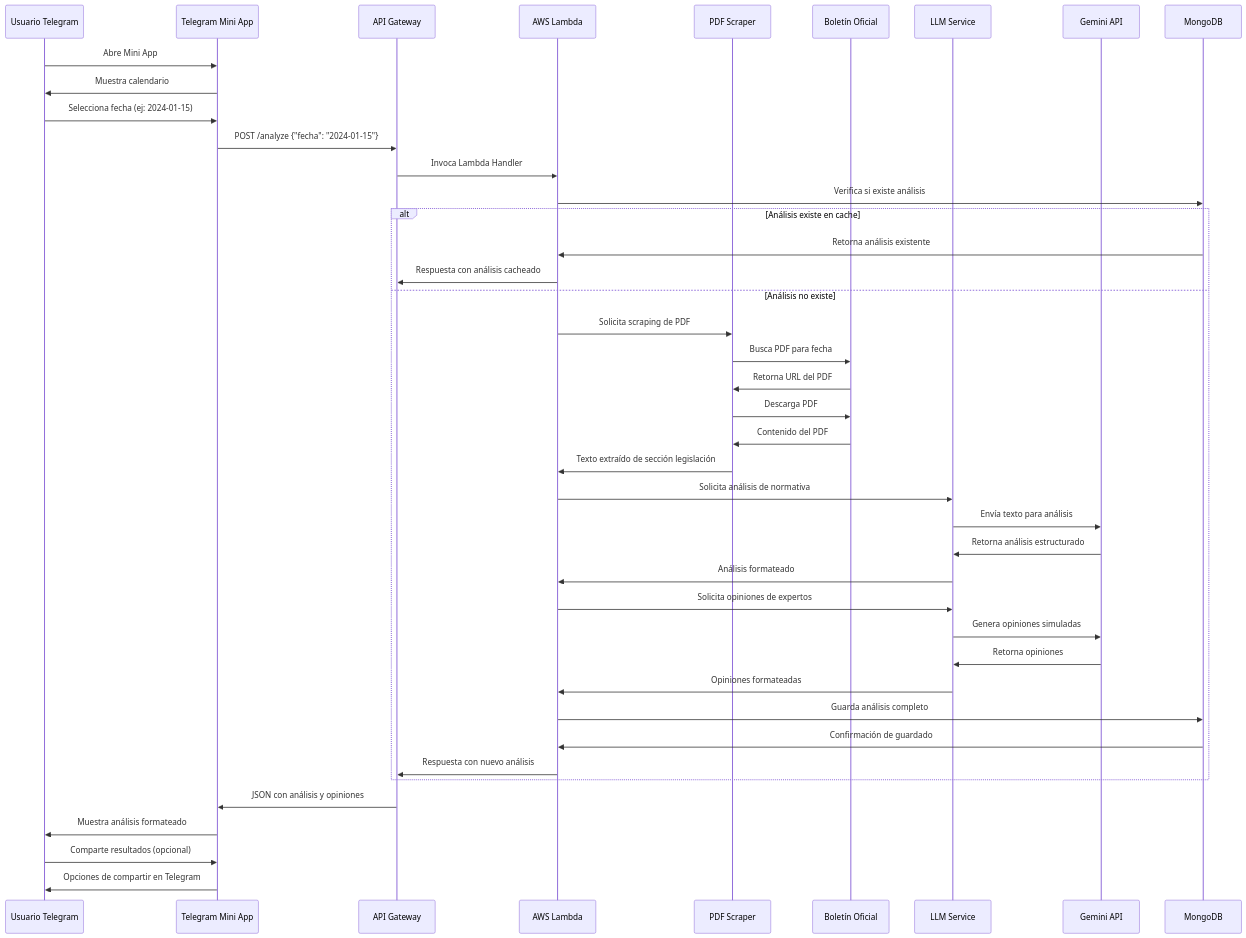
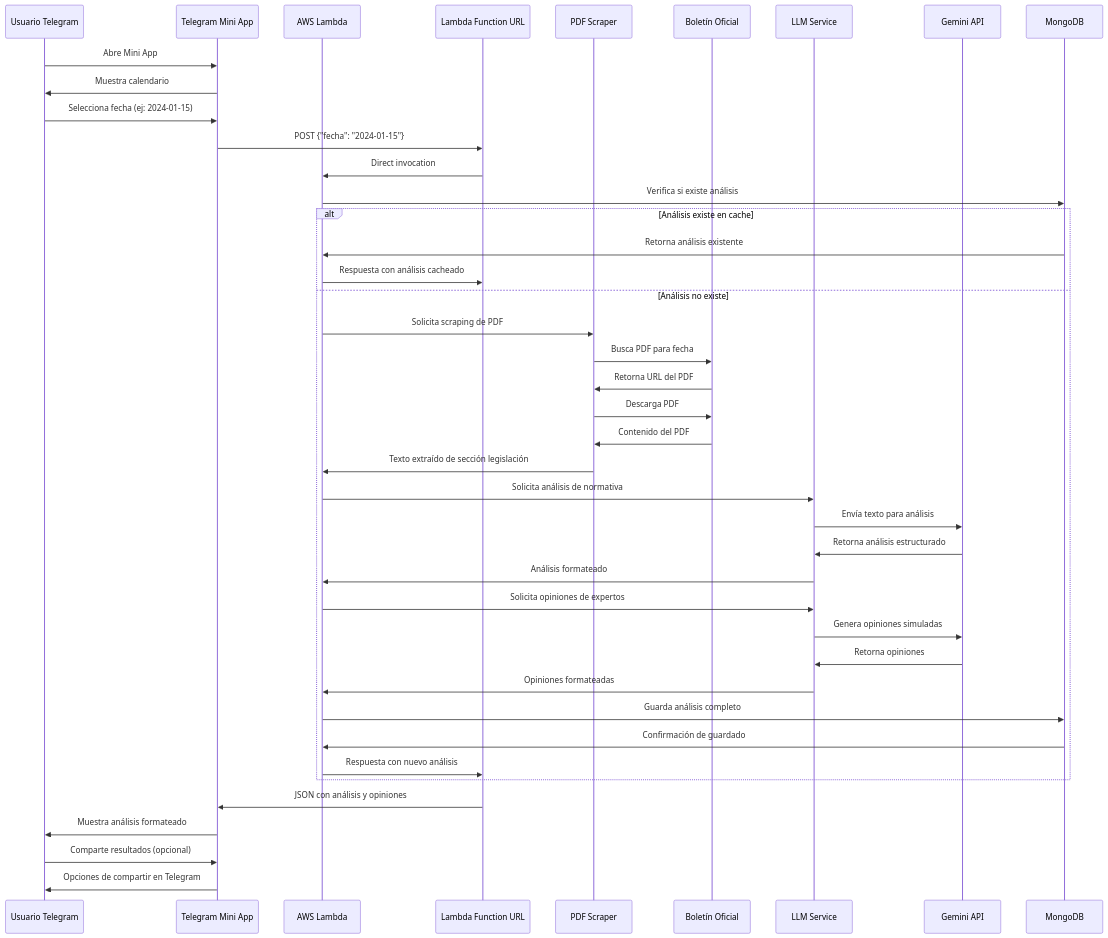
Before and after one commit to reinalau/boletin-oficial-app: the second of 3 diagrams in arquitectura-completa.md, drawn with Mermaid. The commit also changed other lines of this file and 48 other files, not shown here.

````diff
--- a/arquitectura-completa.md
+++ b/arquitectura-completa.md
@@ -89,51 +88,51 @@
 ```mermaid
 sequenceDiagram
     participant U as Usuario Telegram
     participant T as Telegram Mini App
-    participant A as API Gateway
     participant L as AWS Lambda
+    participant F as Lambda Function URL
     participant S as PDF Scraper
     participant B as Boletín Oficial
     participant M as LLM Service
     participant G as Gemini API
     participant D as MongoDB
     
     U->>T: Abre Mini App
     T->>U: Muestra calendario
     U->>T: Selecciona fecha (ej: 2024-01-15)
     
-    T->>A: POST /analyze {"fecha": "2024-01-15"}
-    A->>L: Invoca Lambda Handler
+    T->>F: POST {"fecha": "2024-01-15"}
+    F->>L: Direct invocation
     
     L->>D: Verifica si existe análisis
     alt Análisis existe en cache
         D->>L: Retorna análisis existente
-        L->>A: Respuesta con análisis cacheado
+        L->>F: Respuesta con análisis cacheado
     else Análisis no existe
         L->>S: Solicita scraping de PDF
         S->>B: Busca PDF para fecha
         B->>S: Retorna URL del PDF
         S->>B: Descarga PDF
         B->>S: Contenido del PDF
         S->>L: Texto extraído de sección legislación
         
         L->>M: Solicita análisis de normativa
         M->>G: Envía texto para análisis
         G->>M: Retorna análisis estructurado
         M->>L: Análisis formateado
         
         L->>M: Solicita opiniones de expertos
         M->>G: Genera opiniones simuladas
         G->>M: Retorna opiniones
         M->>L: Opiniones formateadas
         
         L->>D: Guarda análisis completo
         D->>L: Confirmación de guardado
-        L->>A: Respuesta con nuevo análisis
+        L->>F: Respuesta con nuevo análisis
     end
     
-    A->>T: JSON con análisis y opiniones
+    F->>T: JSON con análisis y opiniones
     T->>U: Muestra análisis formateado
     U->>T: Comparte resultados (opcional)
     T->>U: Opciones de compartir en Telegram
 ```
````
